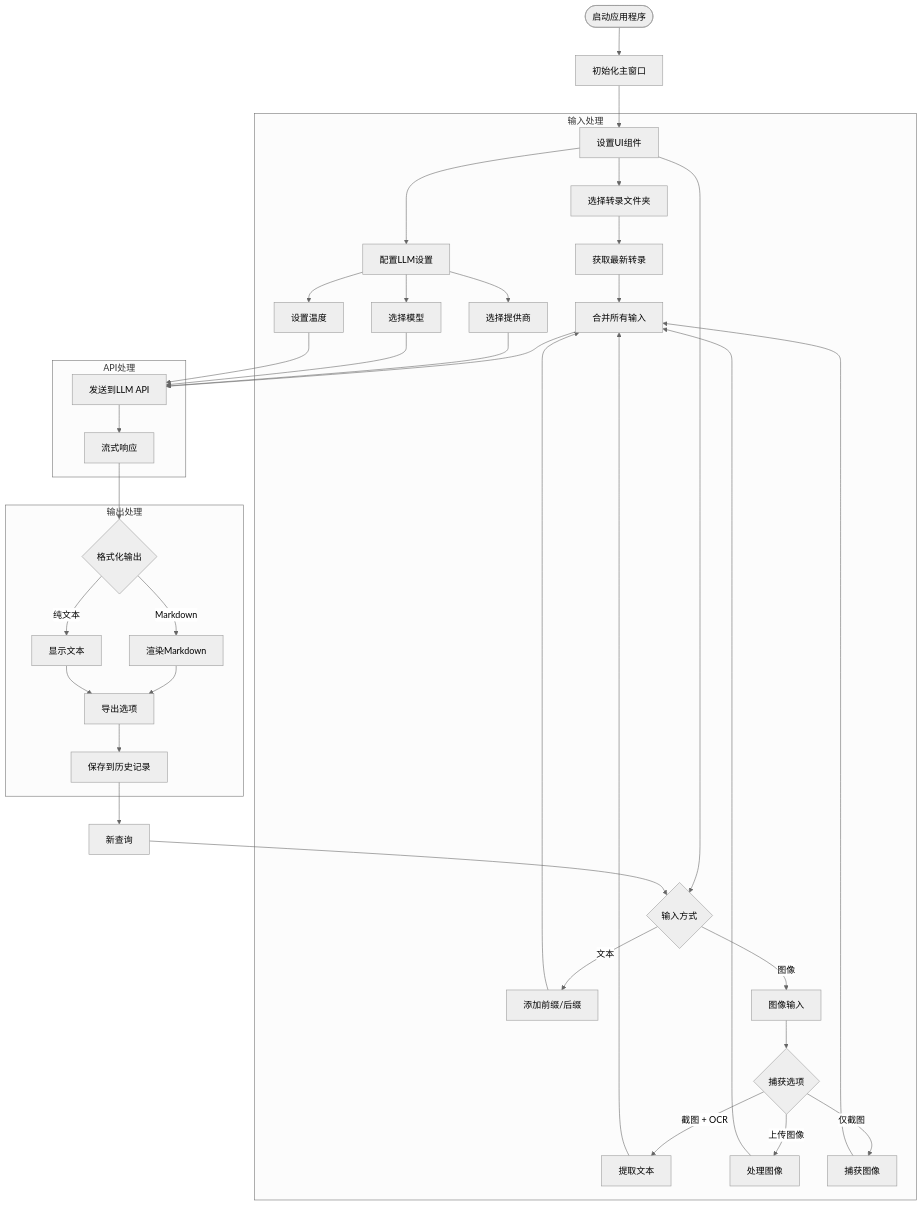
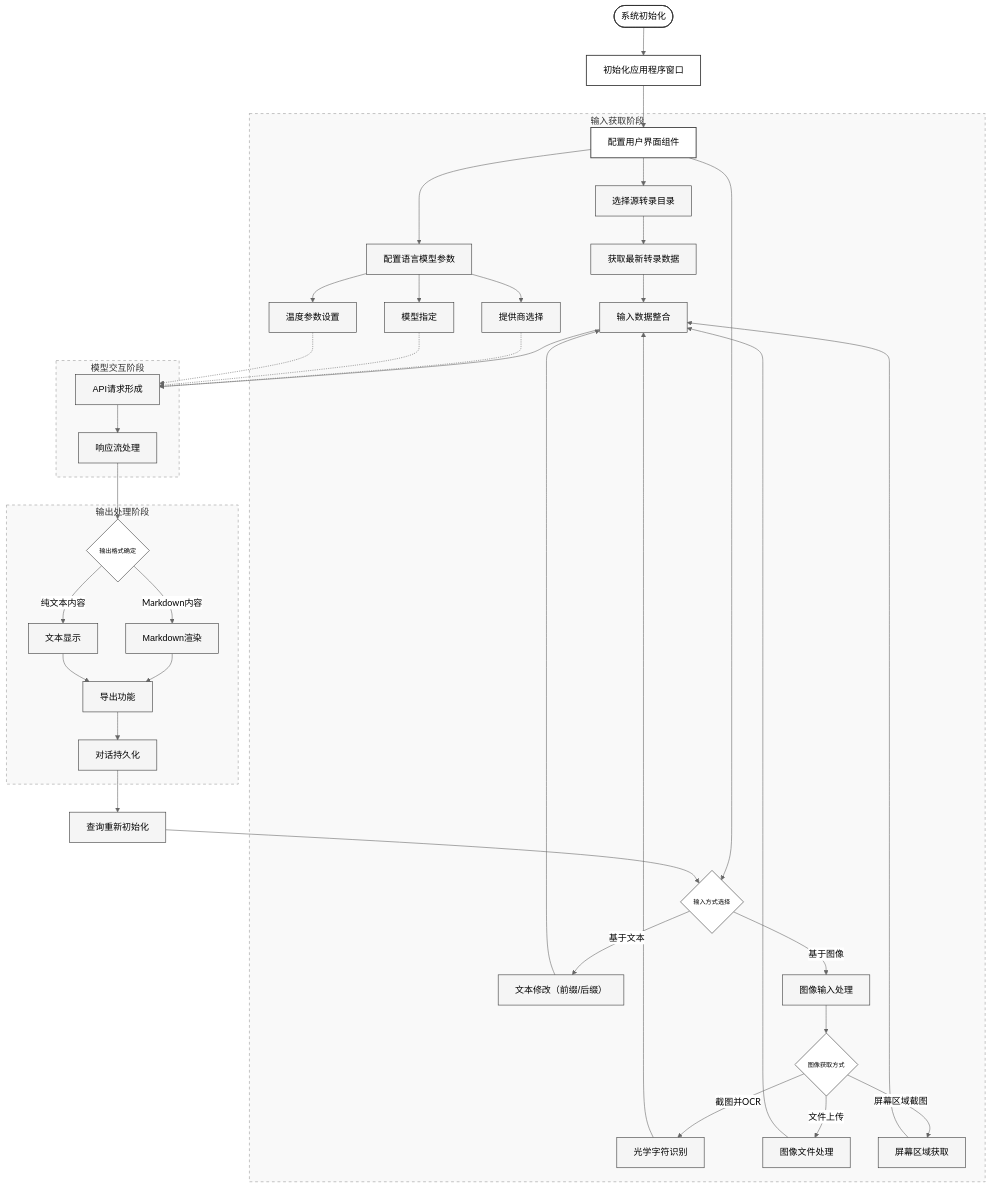
The diagram in README_zh.md (Franklyc/Transcript-companion), drawn with Mermaid (neutral theme) before and after one commit. The commit also changed 1 other file, not shown here.

Commit message:
refactor: enhance workflow diagrams

````diff
--- a/README_zh.md
+++ b/README_zh.md
@@ -49,50 +49,67 @@
 ```mermaid
 flowchart TD
-    Start([启动应用程序]) --> MainWindow[初始化主窗口]
-    MainWindow --> UI[设置UI组件]
+    %% 使用更正式的样式
+    classDef process fill:#f5f5f5,stroke:#333,stroke-width:1px,color:black,font-family:Arial;
+    classDef decision fill:white,stroke:#333,stroke-width:1px,color:black,font-family:Arial,font-size:11px;
+    classDef start fill:white,stroke:#333,stroke-width:1.5px,color:black,font-family:Arial;
     
-    subgraph "输入处理"
-        UI --> SelectFolder[选择转录文件夹]
-        UI --> ConfigLLM[配置LLM设置]
-        ConfigLLM --> SelectProvider[选择提供商]
-        ConfigLLM --> SelectModel[选择模型]
-        ConfigLLM --> SetTemperature[设置温度]
+    %% 开始节点和初始化
+    Start([系统初始化]) --> MainWindow[初始化应用程序窗口]
+    MainWindow --> UI[配置用户界面组件]
+    
+    subgraph InputPhase["输入获取阶段"]
+        style InputPhase fill:#f9f9f9,stroke:#999,stroke-width:1px,stroke-dasharray: 5 5
         
-        UI --> InputMethods{输入方式}
-        InputMethods -->|文本| CustomText[添加前缀/后缀]
-        InputMethods -->|图像| ImageInput[图像输入]
+        UI --> SelectFolder[选择源转录目录]
+        UI --> ConfigLLM[配置语言模型参数]
+        ConfigLLM --> SelectProvider[提供商选择]
+        ConfigLLM --> SelectModel[模型指定]
+        ConfigLLM --> SetTemperature[温度参数设置]
         
-        ImageInput --> CaptureOptions{捕获选项}
-        CaptureOptions -->|截图 + OCR| OCRProcess[提取文本]
-        CaptureOptions -->|上传图像| UploadProcess[处理图像]
-        CaptureOptions -->|仅截图| ScreenshotProcess[捕获图像]
+        UI --> InputMethods{输入方式选择}
+        InputMethods -->|基于文本| CustomText[文本修改（前缀/后缀）]
+        InputMethods -->|基于图像| ImageInput[图像输入处理]
         
-        SelectFolder --> GetTranscript[获取最新转录]
-        CustomText --> CombineInput[合并所有输入]
+        ImageInput --> CaptureOptions{图像获取方式}
+        CaptureOptions -->|截图并OCR| OCRProcess[光学字符识别]
+        CaptureOptions -->|文件上传| UploadProcess[图像文件处理]
+        CaptureOptions -->|屏幕区域截图| ScreenshotProcess[屏幕区域获取]
+        
+        SelectFolder --> GetTranscript[获取最新转录数据]
+        CustomText --> CombineInput[输入数据整合]
         OCRProcess --> CombineInput
         UploadProcess --> CombineInput
         ScreenshotProcess --> CombineInput
         GetTranscript --> CombineInput
     end
     
-    subgraph "API处理"
-        CombineInput --> APIRequest[发送到LLM API]
-        SelectProvider --> APIRequest
-        SelectModel --> APIRequest
-        SetTemperature --> APIRequest
-        APIRequest --> StreamResponse[流式响应]
+    subgraph ModelPhase["模型交互阶段"]
+        style ModelPhase fill:#f9f9f9,stroke:#999,stroke-width:1px,stroke-dasharray: 5 5
+        
+        CombineInput --> APIRequest[API请求形成]
+        SelectProvider -.-> APIRequest
+        SelectModel -.-> APIRequest
+        SetTemperature -.-> APIRequest
+        APIRequest --> StreamResponse[响应流处理]
     end
     
-    subgraph "输出处理"
-        StreamResponse --> FormatOutput{格式化输出}
-        FormatOutput -->|Markdown| RenderMarkdown[渲染Markdown]
-        FormatOutput -->|纯文本| DisplayText[显示文本]
+    subgraph OutputPhase["输出处理阶段"]
+        style OutputPhase fill:#f9f9f9,stroke:#999,stroke-width:1px,stroke-dasharray: 5 5
         
-        RenderMarkdown --> ExportOption[导出选项]
+        StreamResponse --> FormatOutput{输出格式确定}
+        FormatOutput -->|Markdown内容| RenderMarkdown[Markdown渲染]
+        FormatOutput -->|纯文本内容| DisplayText[文本显示]
+        
+        RenderMarkdown --> ExportOption[导出功能]
         DisplayText --> ExportOption
-        ExportOption --> SaveConversation[保存到历史记录]
+        ExportOption --> SaveConversation[对话持久化]
     end
     
-    SaveConversation --> NewQuery[新查询]
+    SaveConversation --> NewQuery[查询重新初始化]
     NewQuery --> InputMethods
+    
+    %% 应用样式类到节点
+    class Start,MainWindow,UI start;
+    class SelectFolder,ConfigLLM,SelectProvider,SelectModel,SetTemperature,CustomText,ImageInput,OCRProcess,UploadProcess,ScreenshotProcess,GetTranscript,CombineInput,APIRequest,StreamResponse,RenderMarkdown,DisplayText,ExportOption,SaveConversation,NewQuery process;
+    class InputMethods,CaptureOptions,FormatOutput decision;
 ```
````
